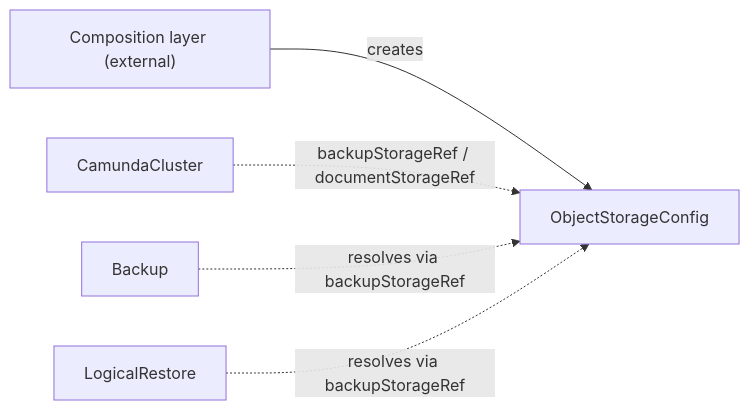
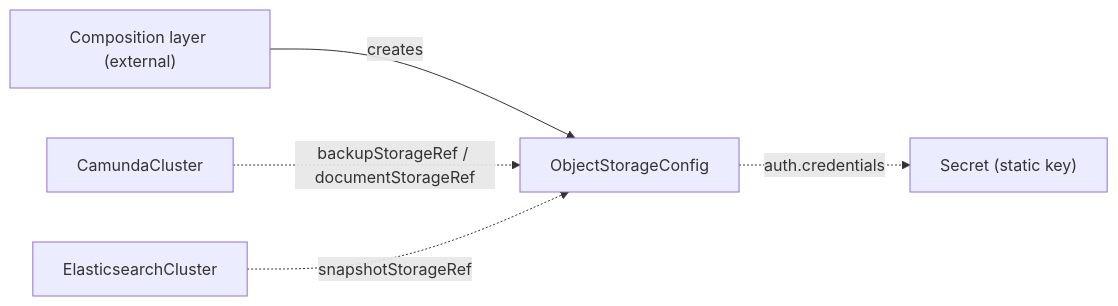
The diagram in docs/crds/objectstorageconfig.md (konsole-is/camunda-operator), drawn with Mermaid before and after one commit. The commit also changed other lines of this file, not shown here.

First line of the commit message:
docs(crds): rewrite the ObjectStorageConfig page for the keyed schema (#65)

````diff
--- a/docs/crds/objectstorageconfig.md
+++ b/docs/crds/objectstorageconfig.md
@@ -27,7 +54,7 @@
 ```mermaid
 graph LR
     COMP["Composition layer (external)"] -->|creates| OSC[ObjectStorageConfig]
     CC[CamundaCluster] -.->|"backupStorageRef / documentStorageRef"| OSC
-    BK[Backup] -.->|resolves via backupStorageRef| OSC
-    LR[LogicalRestore] -.->|resolves via backupStorageRef| OSC
+    EC[ElasticsearchCluster] -.->|snapshotStorageRef| OSC
+    OSC -.->|auth.credentials| SEC["Secret (static key)"]
 ```
````
